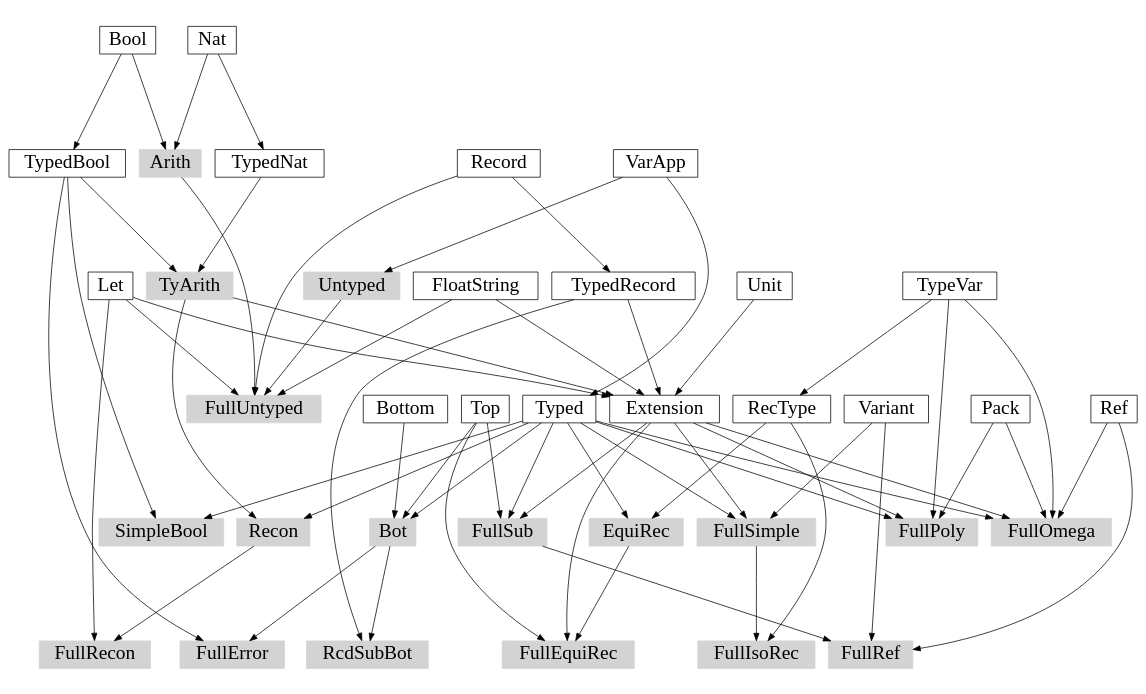
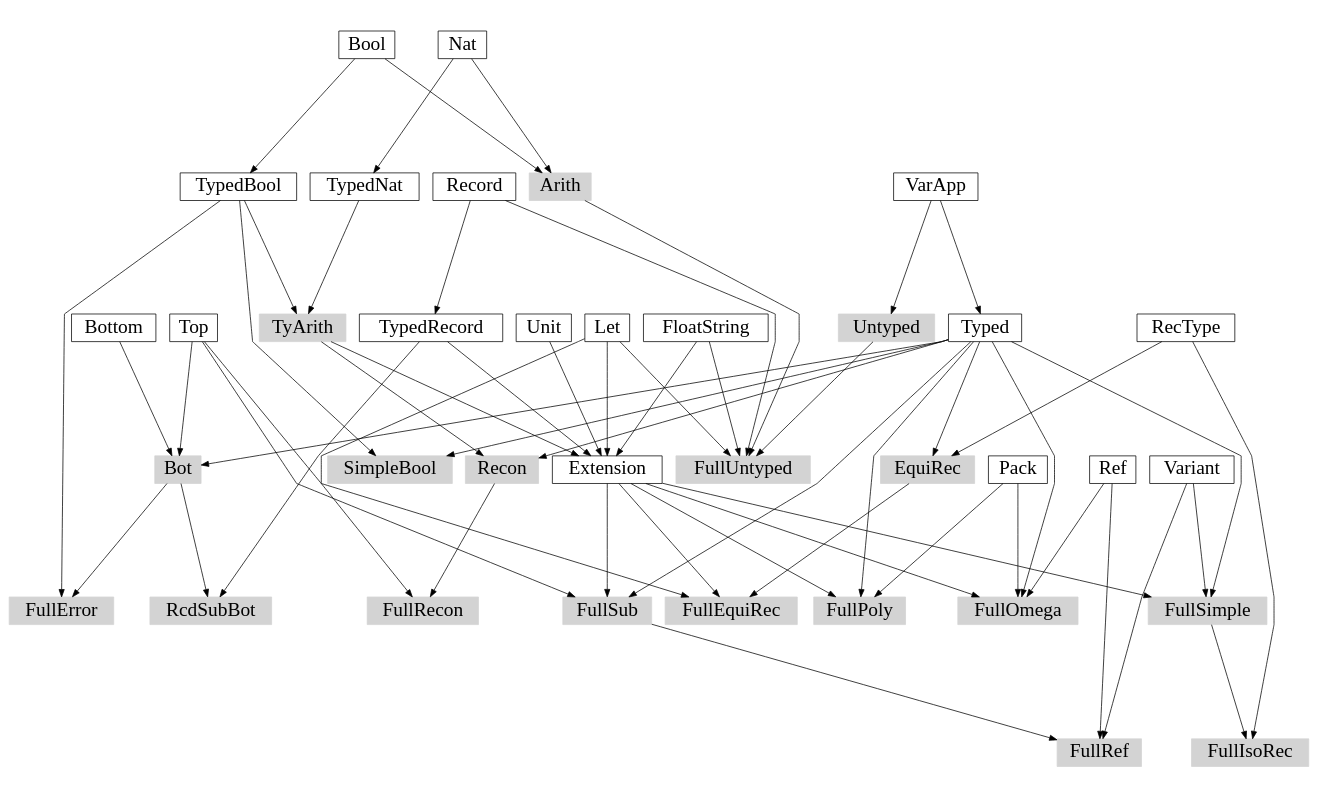
The diagram in misc/graph.dot (lihuanglx/tapl-visitor), drawn with Graphviz before and after one commit. The commit also changed 32 other files, not shown here.

```diff
--- a/misc/graph.dot
+++ b/misc/graph.dot
@@ -1,59 +1,59 @@
 digraph G {
     ratio=0.6;
-    //splines=polyline;
+    splines=polyline;
 
     node[fontsize=26, shape=box];
 
     {
         node[style=filled, color=lightgray];
 
         Arith;
         Untyped;
         FullUntyped;
         TyArith;
         SimpleBool;
         FullSimple;
         Bot;
         FullRef;
         FullError;
         RcdSubBot;
         FullSub;
         FullEquiRec;
         FullIsoRec;
         EquiRec;
         Recon;
         FullRecon;
         FullPoly;
         FullOmega;
     }
 
     // components
     Bool -> TypedBool;
     Nat -> TypedNat;
     Record -> TypedRecord;
     VarApp -> Typed;
     TyArith, FloatString, Let, TypedRecord -> Extension;
-    TypeVar -> RecType;
+    //TypeVar -> RecType;
     Unit -> Extension;
 
     // calculi
     Bool, Nat -> Arith;
     VarApp -> Untyped;
     Arith, Untyped, Record, FloatString, Let -> FullUntyped;
     TypedBool, TypedNat -> TyArith;
     Typed, TypedBool -> SimpleBool;
     Typed, Extension, Variant -> FullSimple;
     Typed, Top, Bottom -> Bot;
     FullSub, Variant, Ref -> FullRef;
     Bot, TypedBool -> FullError;
     Bot, TypedRecord -> RcdSubBot;
     Typed, Extension, Top -> FullSub;
     Typed, RecType -> EquiRec;
     EquiRec, Extension, Top -> FullEquiRec;
     FullSimple, RecType -> FullIsoRec;
     Typed, TyArith -> Recon;
     Recon, Let -> FullRecon;
 
-    Typed, Extension, Pack, TypeVar -> FullPoly;
-    Typed, Extension, Pack, Ref, TypeVar -> FullOmega;
+    Typed, Extension, Pack -> FullPoly;
+    Typed, Extension, Pack, Ref -> FullOmega;
 }
```
